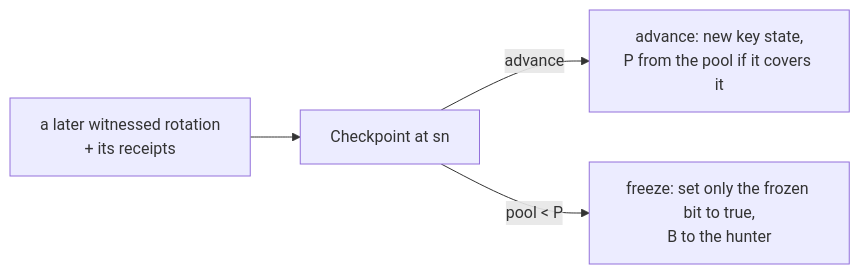
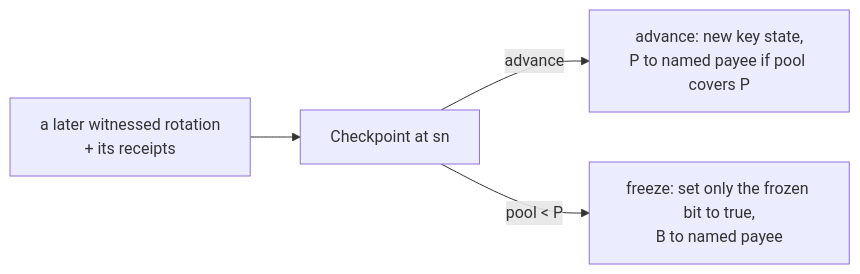
One commit to lambdasistemi/cardano-keri changed the fifth of 6 diagrams in docs/architecture/system.md. Above: the diagram before and after it, drawn with Mermaid. The commit also changed other lines of this file and 21 other files, not shown here.

````diff
--- a/docs/architecture/system.md
+++ b/docs/architecture/system.md
@@ -146,11 +148,11 @@
 ```mermaid
 flowchart LR
     P["Checkpoint at sn"]
     EV["a later witnessed rotation<br/>+ its receipts"]
-    ADV["advance: new key state,<br/>P from the pool if it covers it"]
-    FRZ["freeze: set only the frozen bit to true,<br/>B to the hunter"]
+    ADV["advance: new key state,<br/>P to named payee if pool covers P"]
+    FRZ["freeze: set only the frozen bit to true,<br/>B to named payee"]
 
     EV --> P
     P -->|"advance"| ADV
     P -->|"pool < P"| FRZ
 ```
````
